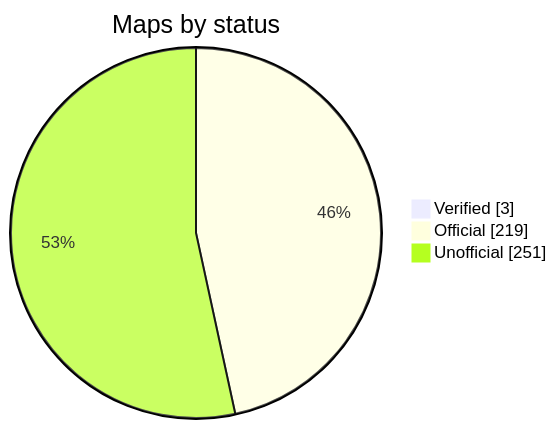
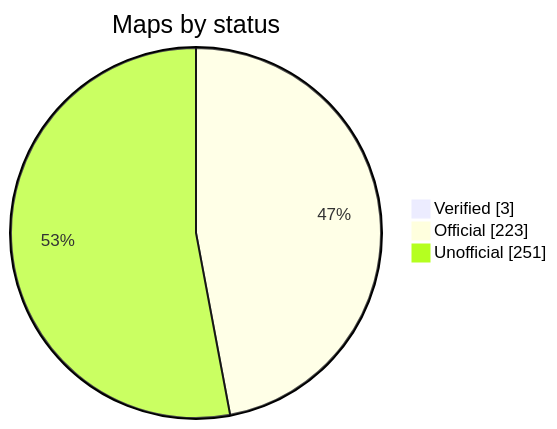
Before and after one commit to nobrega8/mbmap-library: the diagram in README.md, drawn with Mermaid. The commit also changed 5 other files, not shown here.

````diff
--- a/README.md
+++ b/README.md
@@ -48,7 +48,7 @@
 ```mermaid
 pie showData
     title Maps by status
     "Verified" : 3
-    "Official" : 219
+    "Official" : 223
     "Unofficial" : 251
 ```
````
